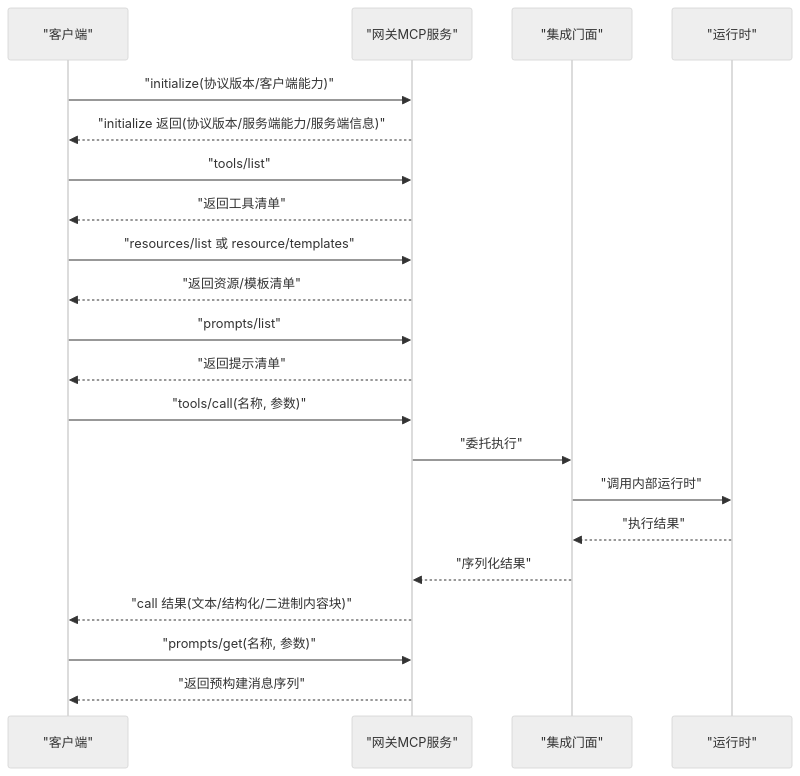
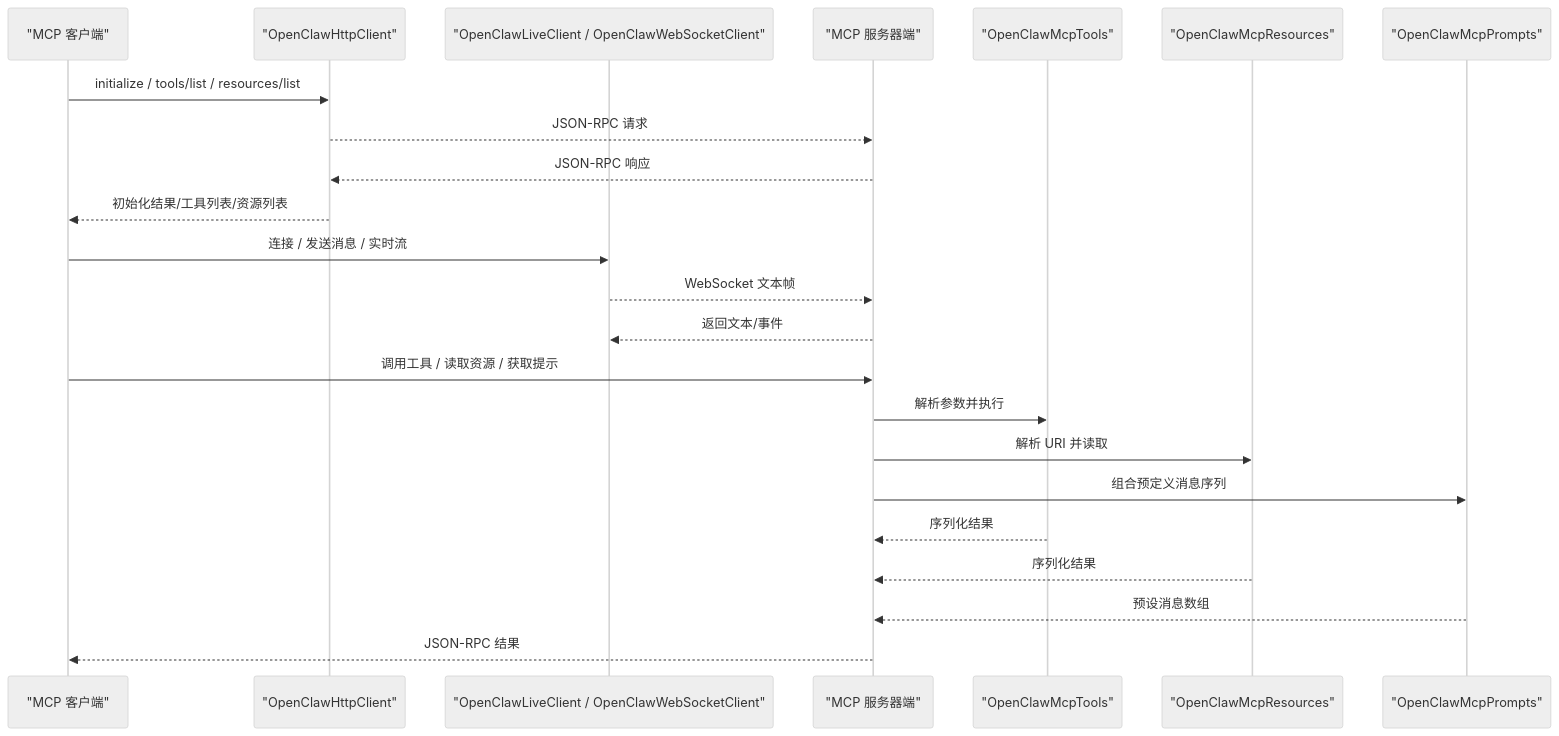
The second of 11 diagrams in .qoder/repowiki/zh/content/API 参考/MCP 协议.md (wayyet/kingcrab), drawn with Mermaid (neutral theme) before and after one commit. The commit also changed other lines of this file and 173 other files, not shown here.

````diff
--- a/.qoder/repowiki/zh/content/API 参考/MCP 协议.md
+++ b/.qoder/repowiki/zh/content/API 参考/MCP 协议.md
@@ -120,23 +120,25 @@
 ```mermaid
 sequenceDiagram
-participant Client as "客户端"
-participant GW as "网关MCP服务"
-participant Facade as "集成门面"
-participant RT as "运行时"
-Client->>GW : "initialize(协议版本/客户端能力)"
-GW-->>Client : "initialize 返回(协议版本/服务端能力/服务端信息)"
-Client->>GW : "tools/list"
-GW-->>Client : "返回工具清单"
-Client->>GW : "resources/list 或 resource/templates"
-GW-->>Client : "返回资源/模板清单"
-Client->>GW : "prompts/list"
-GW-->>Client : "返回提示清单"
-Client->>GW : "tools/call(名称, 参数)"
-GW->>Facade : "委托执行"
-Facade->>RT : "调用内部运行时"
-RT-->>Facade : "执行结果"
-Facade-->>GW : "序列化结果"
-GW-->>Client : "call 结果(文本/结构化/二进制内容块)"
-Client->>GW : "prompts/get(名称, 参数)"
-GW-->>Client : "返回预构建消息序列"
+participant Client as "MCP 客户端"
+participant HTTP as "OpenClawHttpClient"
+participant WS as "OpenClawLiveClient / OpenClawWebSocketClient"
+participant Server as "MCP 服务器端"
+participant Tools as "OpenClawMcpTools"
+participant Resources as "OpenClawMcpResources"
+participant Prompts as "OpenClawMcpPrompts"
+Client->>HTTP : initialize / tools/list / resources/list
+HTTP-->>Server : JSON-RPC 请求
+Server-->>HTTP : JSON-RPC 响应
+HTTP-->>Client : 初始化结果/工具列表/资源列表
+Client->>WS : 连接 / 发送消息 / 实时流
+WS-->>Server : WebSocket 文本帧
+Server-->>WS : 返回文本/事件
+Client->>Server : 调用工具 / 读取资源 / 获取提示
+Server->>Tools : 解析参数并执行
+Server->>Resources : 解析 URI 并读取
+Server->>Prompts : 组合预定义消息序列
+Tools-->>Server : 序列化结果
+Resources-->>Server : 序列化结果
+Prompts-->>Server : 预设消息数组
+Server-->>Client : JSON-RPC 结果
 ```
````
